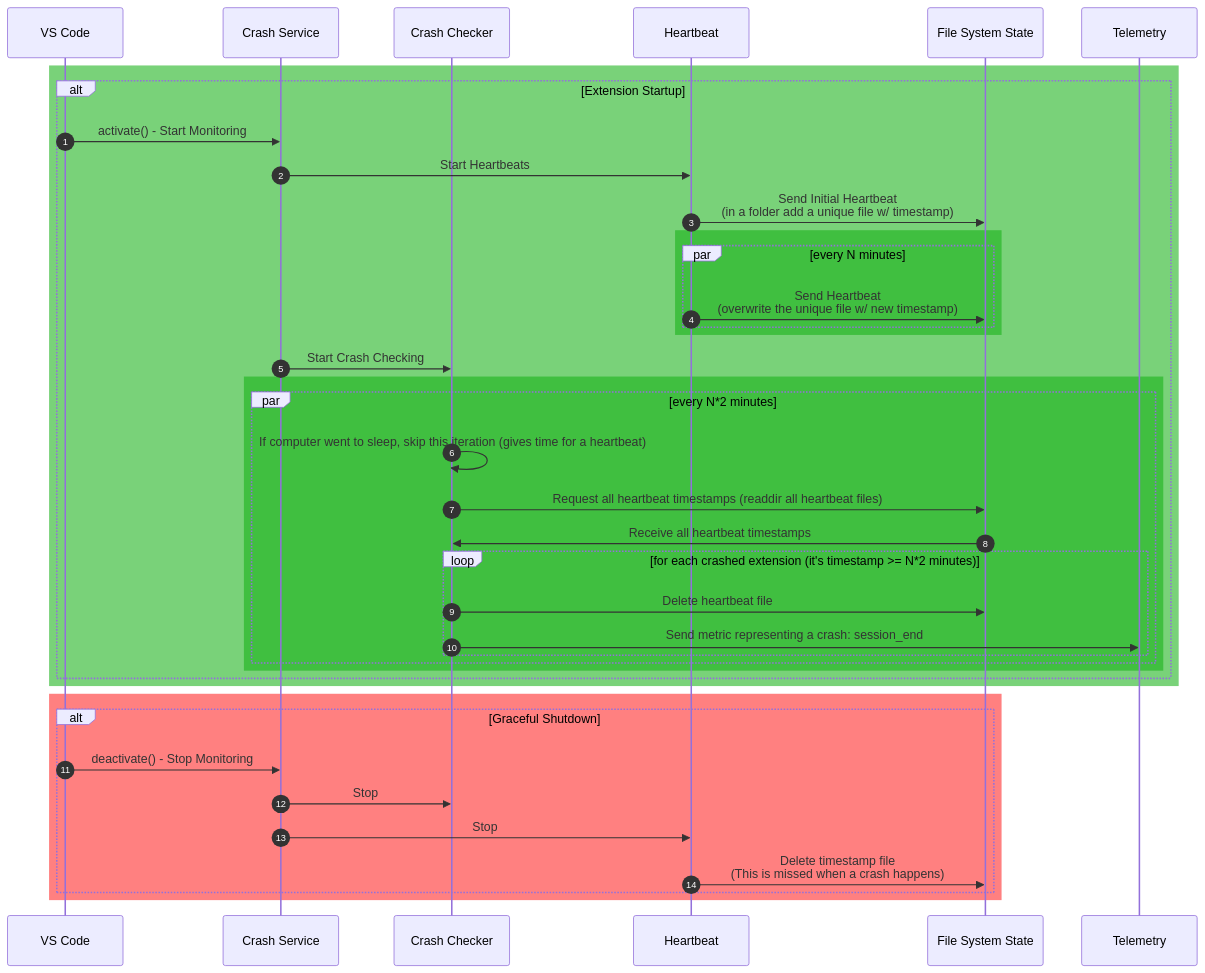
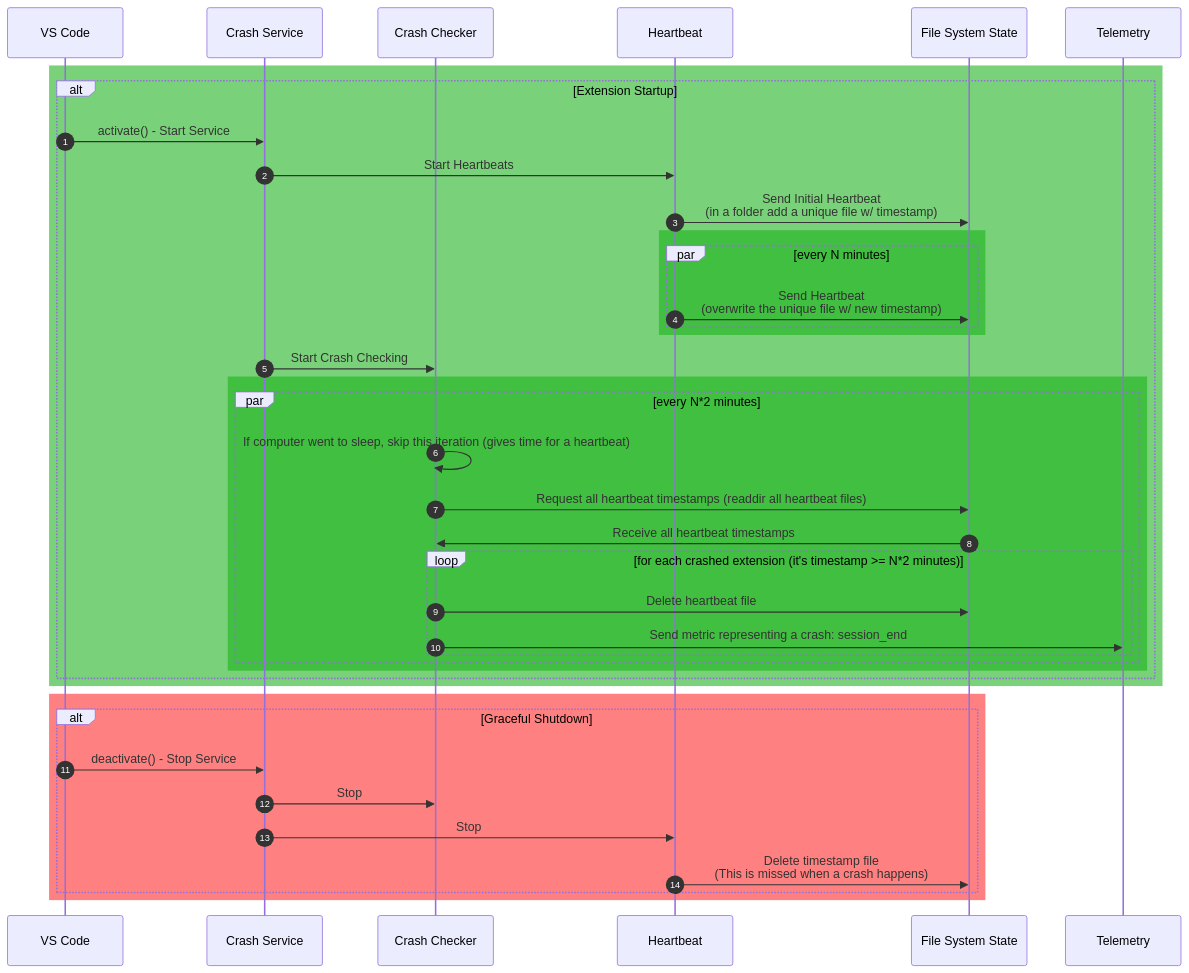
Before and after one commit to aws/aws-toolkit-vscode: the eighth of 8 diagrams in docs/telemetry-perf.md, drawn with Mermaid.

Commit message:
Update CrashMonitoring

````diff
--- a/docs/telemetry-perf.md
+++ b/docs/telemetry-perf.md
@@ -279,49 +279,49 @@
 ```mermaid
 %%{init: {'theme':'default'}}%%
 sequenceDiagram
   autonumber
 
   participant VSC as VS Code
   participant Service as Crash Service
   participant Checker as Crash Checker
   participant Heartbeat as Heartbeat
   participant State as File System State
   participant Telemetry as Telemetry
 
   rect rgb(121, 210, 121)
     alt Extension Startup
-        VSC ->> Service: activate() - Start Monitoring
+        VSC ->> Service: activate() - Start Service
 
         Service ->> Heartbeat: Start Heartbeats
         Heartbeat ->> State: Send Initial Heartbeat <br/> (in a folder add a unique file w/ timestamp)
         rect rgb(64, 191, 64)
             par every N minutes
                 Heartbeat ->> State: Send Heartbeat <br/> (overwrite the unique file w/ new timestamp)
             end
         end
 
         Service ->> Checker: Start Crash Checking
         rect rgb(64, 191, 64)
             par every N*2 minutes
                 Checker ->> Checker: If computer went to sleep, skip this iteration (gives time for a heartbeat)
                 Checker ->> State: Request all heartbeat timestamps (readdir all heartbeat files)
                 State ->> Checker: Receive all heartbeat timestamps
                 loop for each crashed extension (it's timestamp >= N*2 minutes)
                     Checker ->> State: Delete heartbeat file
                     Checker ->> Telemetry: Send metric representing a crash: session_end
                 end
             end
         end
     end
   end
 
   rect rgb(255, 128, 128)
     alt Graceful Shutdown
-        VSC ->> Service: deactivate() - Stop Monitoring
+        VSC ->> Service: deactivate() - Stop Service
         Service ->> Checker: Stop
         Service ->> Heartbeat: Stop
         Heartbeat ->> State: Delete timestamp file <br/> (This is missed when a crash happens)
     end
   end
 
 ```
````
